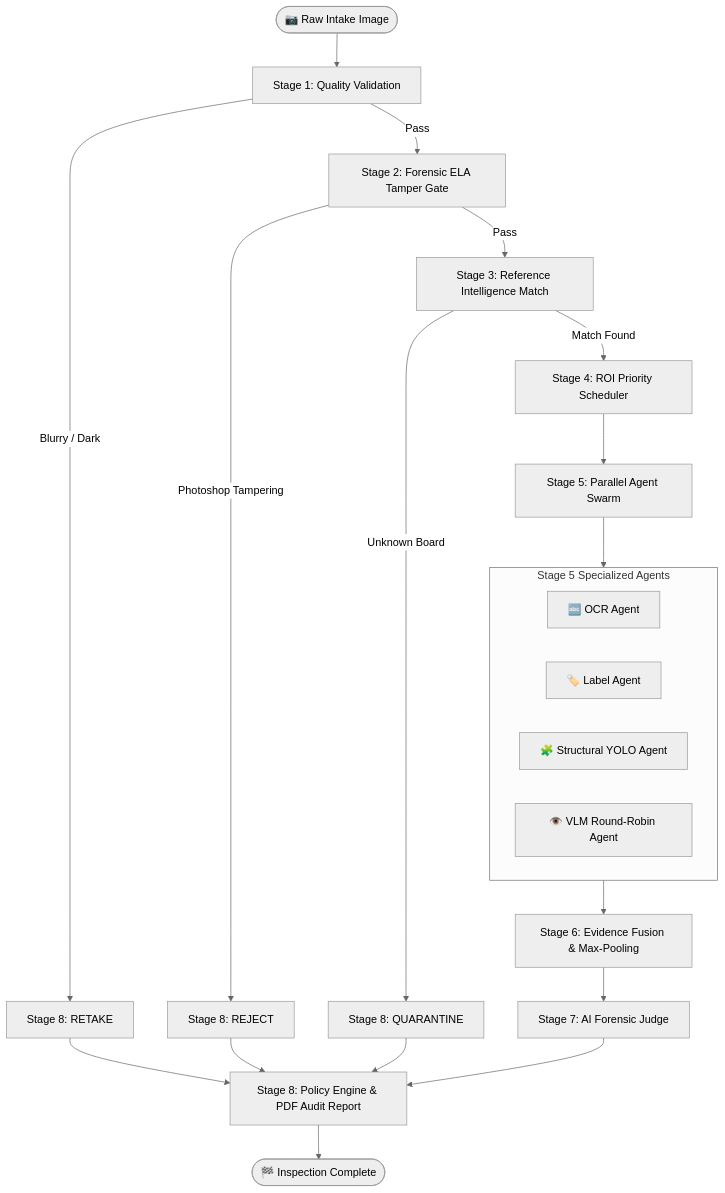
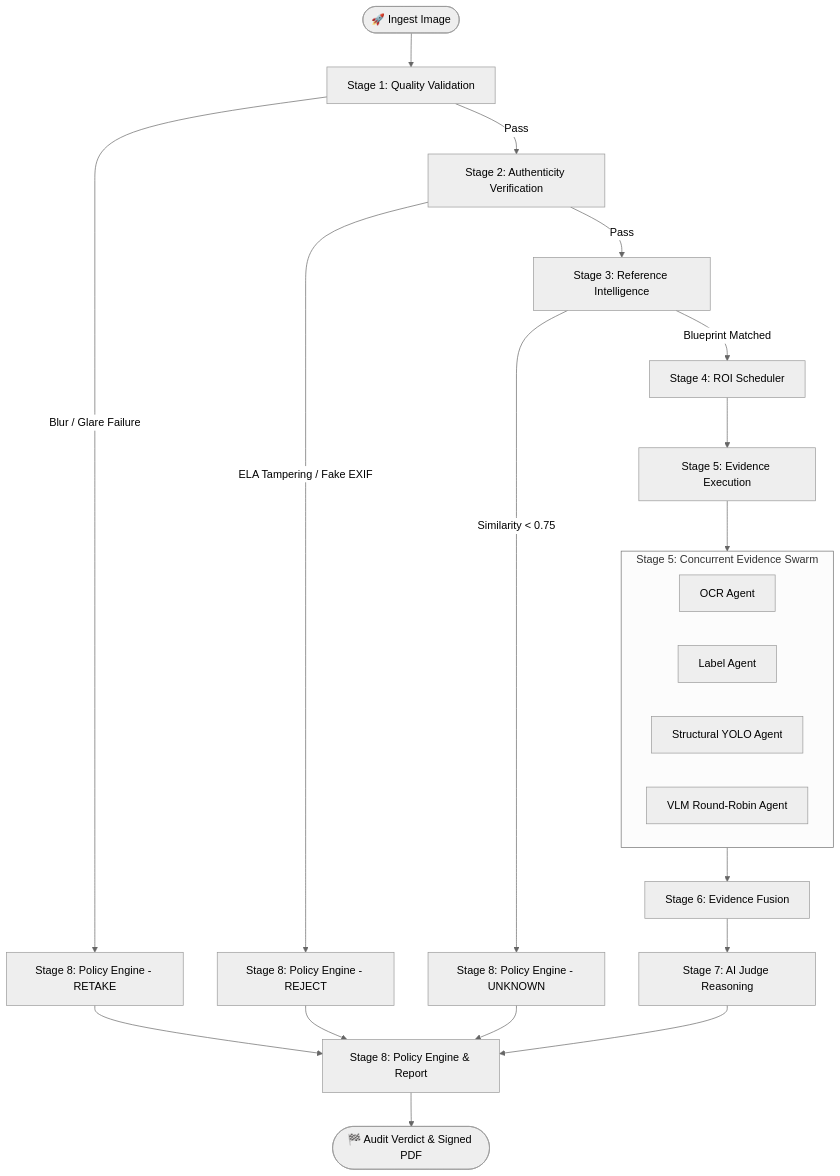
One commit to Disha-1610/VisionForge changed the first of 2 diagrams in docs/PIPELINE.md. Above: the diagram before and after it, drawn with Mermaid (neutral theme). The commit also changed other lines of this file and 12 other files, not shown here.

Commit message:
docs: upgrade full documentation suite with technical depth, story arcs, engineering decisions, and Mermaid diagrams

````diff
--- a/docs/PIPELINE.md
+++ b/docs/PIPELINE.md
@@ -48,34 +57,35 @@
 ```mermaid
 flowchart TD
-    Start([📷 Raw Intake Image]) --> S1[Stage 1: Quality Validation]
+    Start([🚀 Ingest Image]) --> S1[Stage 1: Quality Validation]
     
-    S1 -->|Blurry / Dark| S8_Retake[Stage 8: RETAKE]
-    S1 -->|Pass| S2[Stage 2: Forensic ELA Tamper Gate]
+    S1 -->|Blur / Glare Failure| FastFail1[Stage 8: Policy Engine - RETAKE]
+    S1 -->|Pass| S2[Stage 2: Authenticity Verification]
     
-    S2 -->|Photoshop Tampering| S8_Reject[Stage 8: REJECT]
-    S2 -->|Pass| S3[Stage 3: Reference Intelligence Match]
+    S2 -->|ELA Tampering / Fake EXIF| FastFail2[Stage 8: Policy Engine - REJECT]
+    S2 -->|Pass| S3[Stage 3: Reference Intelligence]
     
-    S3 -->|Unknown Board| S8_Quarantine[Stage 8: QUARANTINE]
-    S3 -->|Match Found| S4[Stage 4: ROI Priority Scheduler]
+    S3 -->|Similarity < 0.75| FastFail3[Stage 8: Policy Engine - UNKNOWN]
+    S3 -->|Blueprint Matched| S4[Stage 4: ROI Scheduler]
     
-    S4 --> S5[Stage 5: Parallel Agent Swarm]
+    S4 --> S5[Stage 5: Evidence Execution]
     
-    subgraph Swarm["Stage 5 Specialized Agents"]
-        A_OCR["🔤 OCR Agent"]
-        A_LBL["🏷️ Label Agent"]
-        A_YOLO["🧩 Structural YOLO Agent"]
-        A_VLM["👁️ VLM Round-Robin Agent"]
+    subgraph S5_Swarm["Stage 5: Concurrent Evidence Swarm"]
+        direction LR
+        Ag1[OCR Agent]
+        Ag2[Label Agent]
+        Ag3[Structural YOLO Agent]
+        Ag4[VLM Round-Robin Agent]
     end
     
-    S5 --> Swarm
-    Swarm --> S6[Stage 6: Evidence Fusion & Max-Pooling]
+    S5 --> S5_Swarm
+    S5_Swarm --> S6[Stage 6: Evidence Fusion]
     
-    S6 --> S7[Stage 7: AI Forensic Judge]
-    S7 --> S8[Stage 8: Policy Engine & PDF Audit Report]
+    S6 --> S7[Stage 7: AI Judge Reasoning]
+    S7 --> S8[Stage 8: Policy Engine & Report]
     
-    S8_Retake --> S8
-    S8_Reject --> S8
-    S8_Quarantine --> S8
+    FastFail1 --> S8
+    FastFail2 --> S8
+    FastFail3 --> S8
     
-    S8 --> Complete([🏁 Inspection Complete])
+    S8 --> End([🏁 Audit Verdict & Signed PDF])
 ```
````
